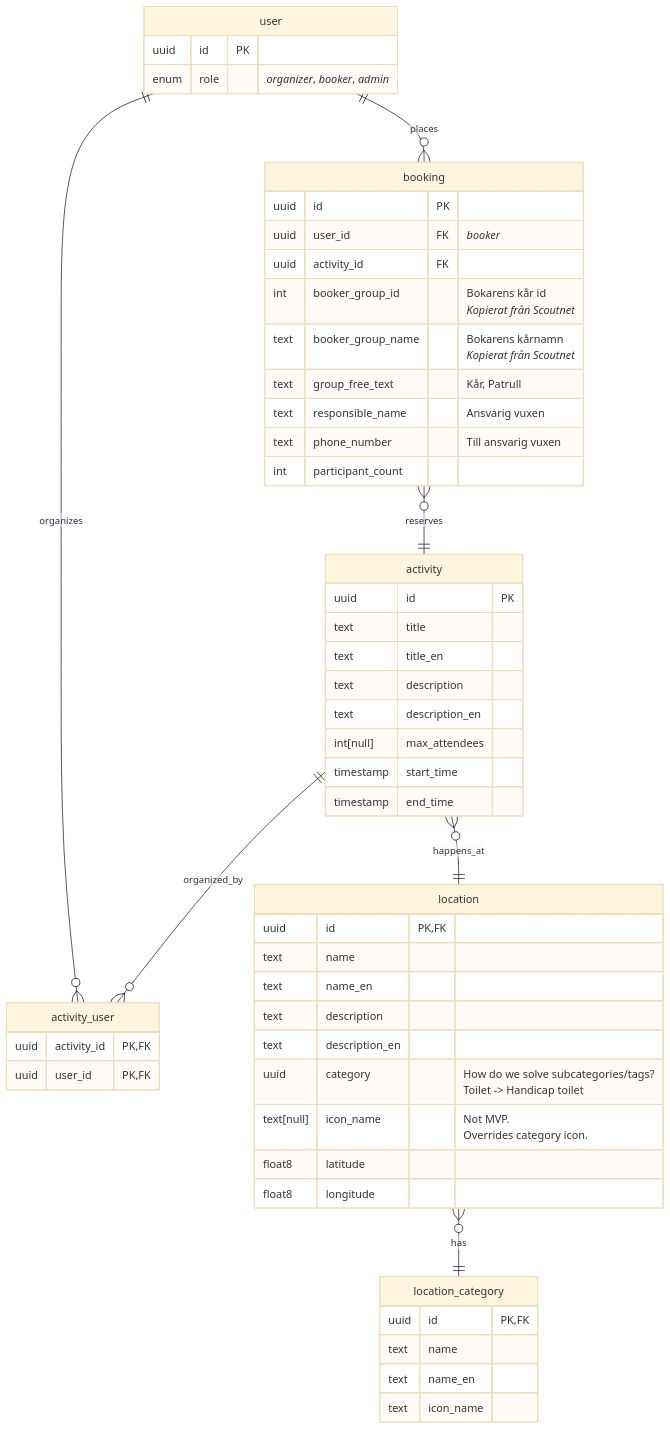
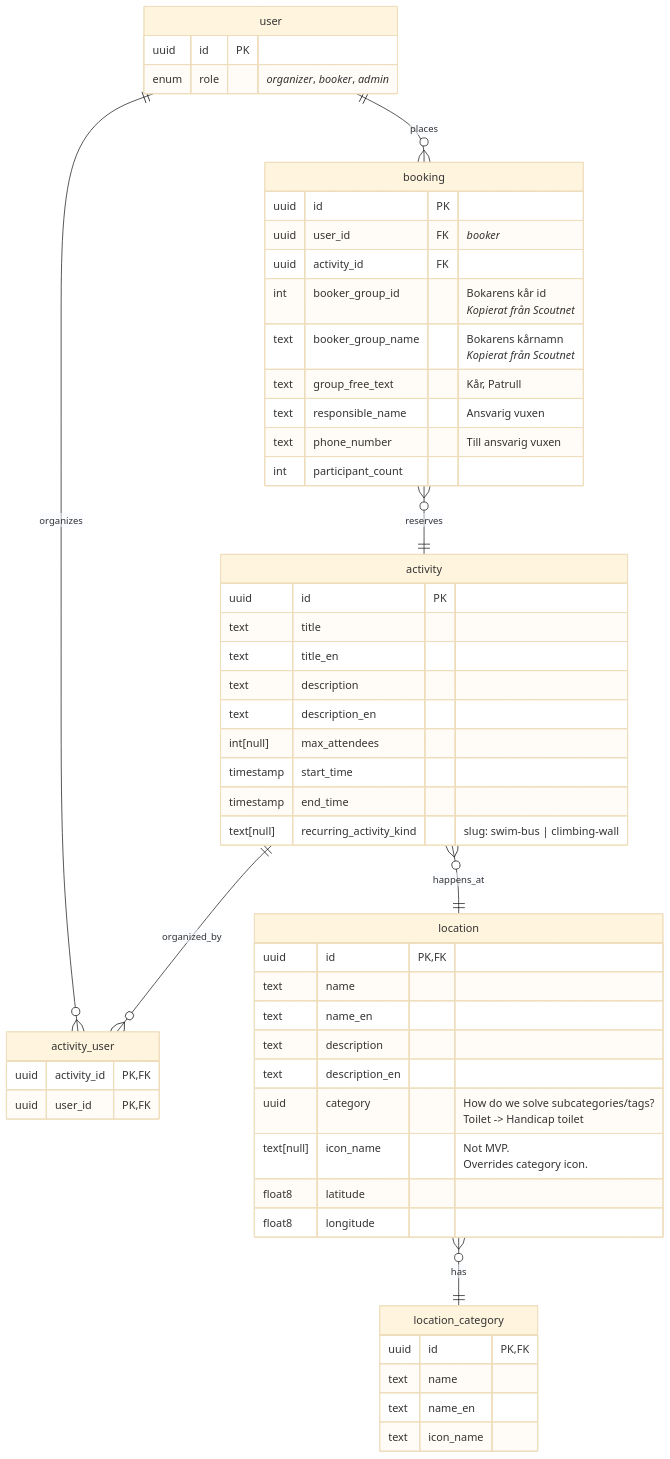
One commit to Scouterna/j26-booking changed the first of 2 diagrams in server/README.md. Above: the diagram before and after it, drawn with Mermaid (base theme). The commit also changed 10 other files, not shown here.

First line of the commit message:
feat(api): add swim bus & climbing wall activity endpoints

````diff
--- a/server/README.md
+++ b/server/README.md
@@ -138,69 +138,70 @@
 ```mermaid
 erDiagram
 
 user {
   uuid id PK
   enum role "_organizer_, _booker_, _admin_"
 }
 
 activity {
   uuid id PK
   text title
   text title_en
   text description
   text description_en
   int[null] max_attendees
   timestamp start_time
   timestamp end_time
+  text[null] recurring_activity_kind "slug: swim-bus | climbing-wall"
 }
 
 booking {
   uuid id PK
   uuid user_id FK "_booker_"
   uuid activity_id FK
   int booker_group_id "Bokarens kår id
   _Kopierat från Scoutnet_"
   text booker_group_name "Bokarens kårnamn
   _Kopierat från Scoutnet_"
   text group_free_text "Kår, Patrull"
   text responsible_name "Ansvarig vuxen"
   text phone_number "Till ansvarig vuxen"
   int participant_count
 }
 
 activity_user {
   uuid activity_id PK,FK
   uuid user_id PK,FK
 }
 
 location {
   uuid id PK,FK
   text name
   text name_en
   text description
   text description_en
   uuid category "How do we solve subcategories/tags?
   Toilet -> Handicap toilet"
   text[null] icon_name "Not MVP.
   Overrides category icon."
   float8 latitude
   float8 longitude
 }
 
 location_category {
   uuid id PK,FK
   text name
   text name_en
   text icon_name
 }
 
 activity }o--|| location : happens_at
 location }o--|| location_category : has
 
 
 activity ||--o{ activity_user : organized_by
 user ||--o{ activity_user : organizes
 
 booking }o--|| activity : reserves
 user ||--o{ booking : places
 ```
````
